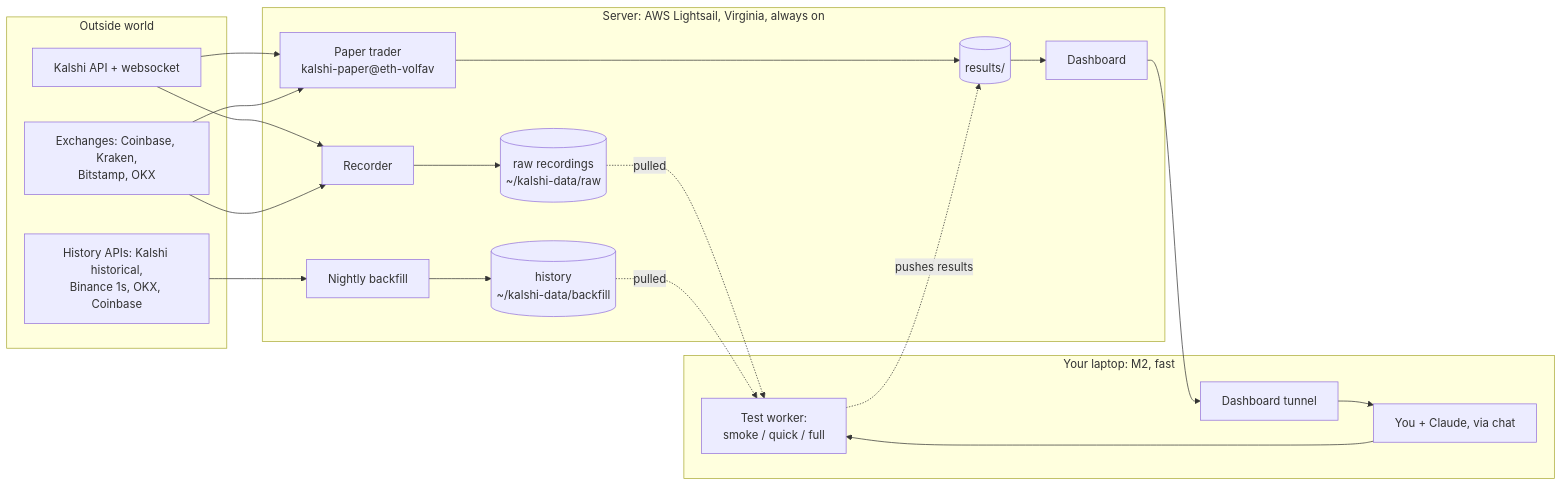
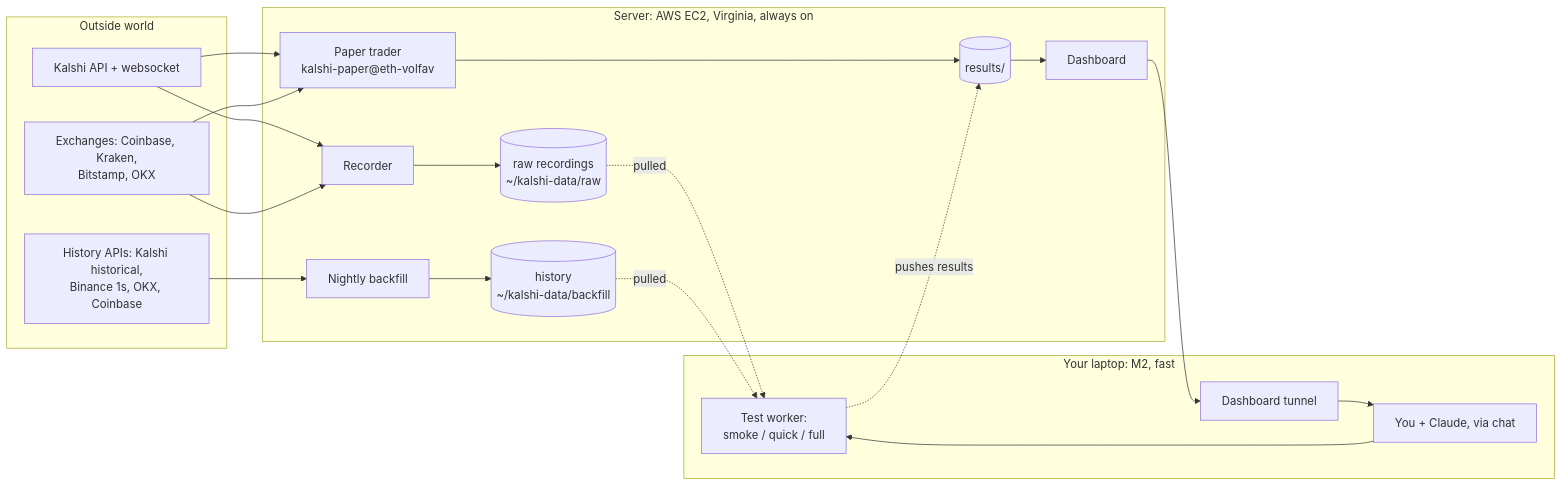
Before and after one commit to RishabKalluri/kalshi-lab: the first of 6 diagrams in SYSTEM.md, drawn with Mermaid. The commit also changed other lines of this file and 3 other files, not shown here.

````diff
--- a/SYSTEM.md
+++ b/SYSTEM.md
@@ -13,38 +13,38 @@
 ```mermaid
 flowchart LR
     subgraph EXT[Outside world]
         K[Kalshi API + websocket]
         X[Exchanges: Coinbase, Kraken,<br/>Bitstamp, OKX]
         H[History APIs: Kalshi historical,<br/>Binance 1s, OKX, Coinbase]
     end
 
-    subgraph SRV[Server: AWS Lightsail, Virginia, always on]
+    subgraph SRV[Server: AWS EC2, Virginia, always on]
         REC[Recorder]
         BF[Nightly backfill]
         PAPER[Paper trader<br/>kalshi-paper@eth-volfav]
         DASH[Dashboard]
         RAW[(raw recordings<br/>~/kalshi-data/raw)]
         HIST[(history<br/>~/kalshi-data/backfill)]
         RES[(results/)]
     end
 
     subgraph LAP[Your laptop: M2, fast]
         TEST[Test worker:<br/>smoke / quick / full]
         TUN[Dashboard tunnel]
         YOU[You + Claude, via chat]
     end
 
     K --> REC
     X --> REC
     REC --> RAW
     H --> BF --> HIST
     K --> PAPER
     X --> PAPER
     PAPER --> RES
     RAW -. pulled .-> TEST
     HIST -. pulled .-> TEST
     TEST -. pushes results .-> RES
     RES --> DASH
     DASH --> TUN --> YOU
     YOU --> TEST
 ```
````
